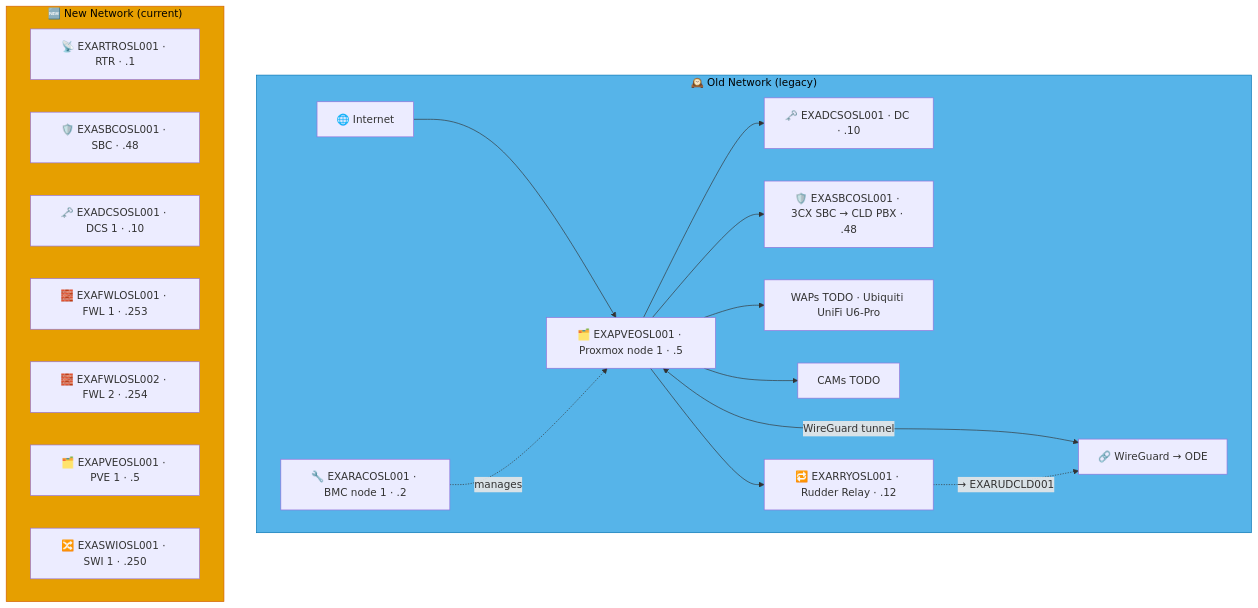
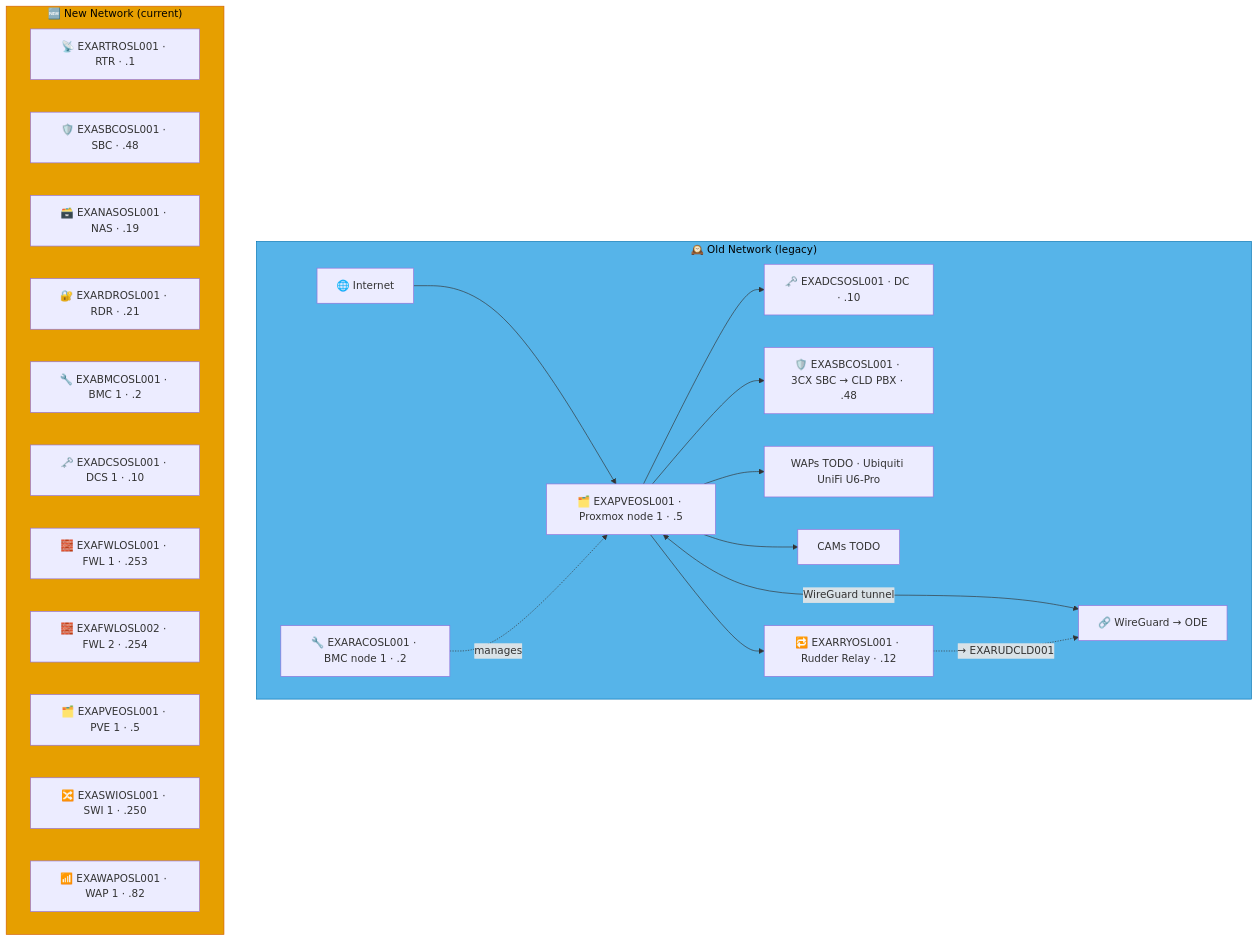
The diagram in docs/network-diagram/norge.md (knightmare2600/example_music_infra), drawn with Mermaid before and after one commit. The commit also changed 15 other files, not shown here.

````diff
--- a/docs/network-diagram/norge.md
+++ b/docs/network-diagram/norge.md
@@ -16,35 +16,39 @@
 ```mermaid
 graph TD
     subgraph OLD_OSL ["🕰️ Old Network (legacy)"]
       INET["🌐 Internet"]
       RAC["🔧 EXARACOSL001 · BMC node 1 · .2"]
       PVE["🗂️ EXAPVEOSL001 · Proxmox node 1 · .5"]
       DC["🗝️ EXADCSOSL001 · DC · .10"]
       SBC["🛡️ EXASBCOSL001 · 3CX SBC → CLD PBX · .48"]
       RRY["🔁 EXARRYOSL001 · Rudder Relay · .12"]
       WAP["WAPs TODO · Ubiquiti UniFi U6-Pro"]
       CAM["CAMs TODO"]
       VPN["🔗 WireGuard → ODE"]
 
       INET --> PVE --> DC & SBC
       RAC -.->|"manages"| PVE
       PVE --> WAP & CAM
       PVE <-->|"WireGuard tunnel"| VPN
 
       PVE --> RRY
       RRY -. "→ EXARUDCLD001" .-> VPN
     end
     style OLD_OSL fill:#56B4E9,stroke:#0072B2,color:#000000
     %% GENERATED:NEW-NETWORK:OSL:START
     subgraph NEW_OSL ["🆕 New Network (current)"]
       N_RTR["📡 EXARTROSL001 · RTR · .1"]
       N_SBC["🛡️ EXASBCOSL001 · SBC · .48"]
+      N_NAS["🗃️ EXANASOSL001 · NAS · .19"]
+      N_RDR["🔐 EXARDROSL001 · RDR · .21"]
+      N_BMC["🔧 EXABMCOSL001 · BMC 1 · .2"]
       N_DCS["🗝️ EXADCSOSL001 · DCS 1 · .10"]
       N_FWL["🧱 EXAFWLOSL001 · FWL 1 · .253"]
       N_FWL2["🧱 EXAFWLOSL002 · FWL 2 · .254"]
       N_PVE["🗂️ EXAPVEOSL001 · PVE 1 · .5"]
       N_SWI["🔀 EXASWIOSL001 · SWI 1 · .250"]
+      N_WAP["📶 EXAWAPOSL001 · WAP 1 · .82"]
     end
     style NEW_OSL fill:#E69F00,stroke:#D55E00,color:#000000
     %% GENERATED:NEW-NETWORK:OSL:END
 ```
````
